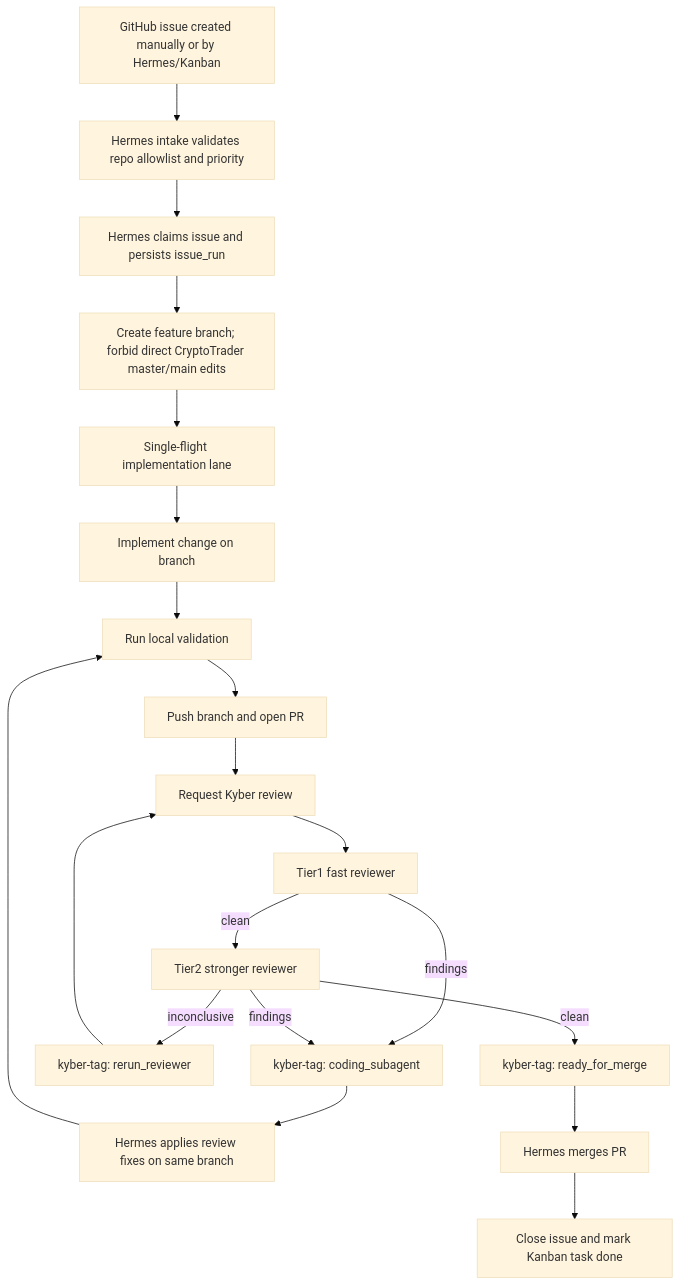
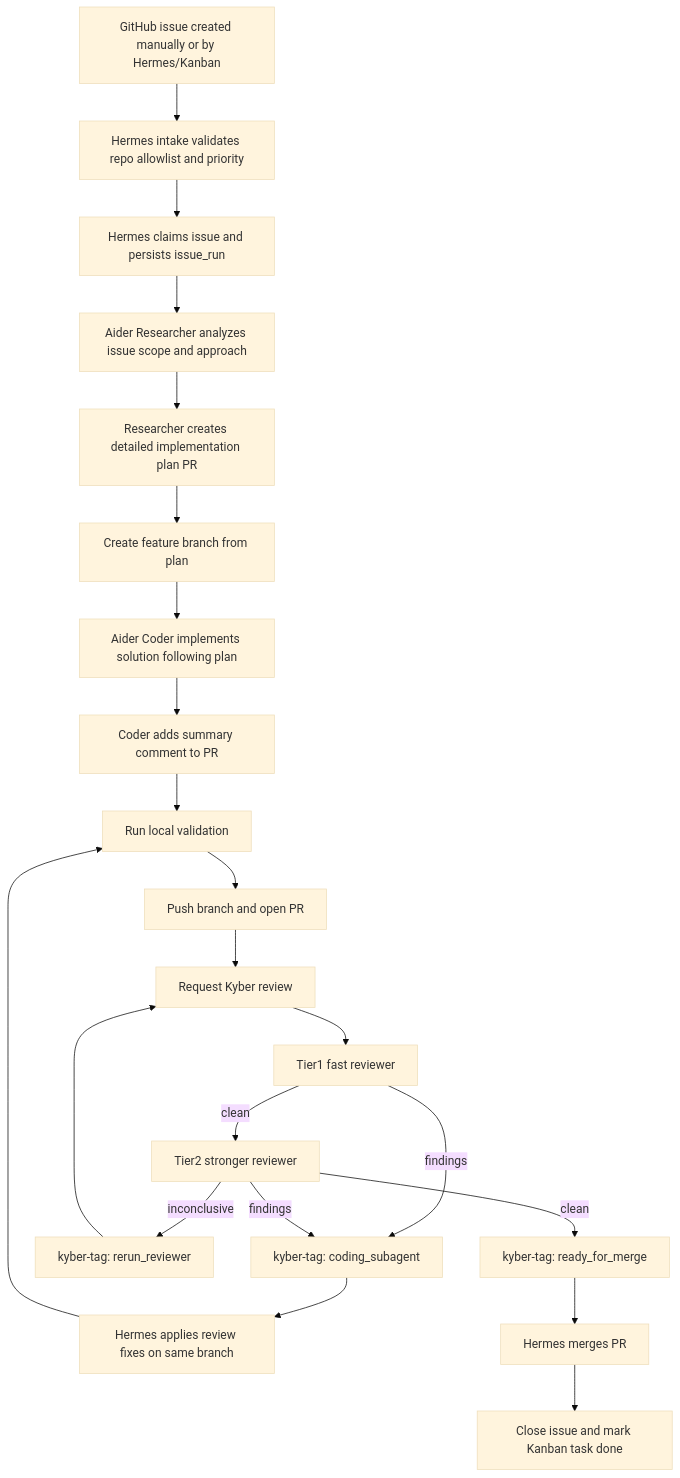
One commit to m0nklabs/kyberm0nk changed the diagram in docs/ARCHITECTURE.md. Above: the diagram before and after it, drawn with Mermaid (base theme). The commit also changed other lines of this file and 1 other file, not shown here.

Commit message:
docs: clarify agent accountability and coder responsibilities in pipeline
- Expand Phase 8a flow with explicit Researcher → Coder sequence
- Detail Aider Coder responsibilities: reads issue + plan, designs implementation,
  writes actual code changes, commits with descriptive messages, posts summary
- Add Agent Identity and Accountability Model section documenting all 5 agent roles
- Document co-author attribution mechanisms (commits, PR bodies, comments)
- Update ARCHITECTURE.md workflow diagram with researcher/coder stages

````diff
--- a/docs/ARCHITECTURE.md
+++ b/docs/ARCHITECTURE.md
@@ -70,22 +70,24 @@
 ```mermaid
 flowchart TD
     A[GitHub issue created manually or by Hermes/Kanban] --> B[Hermes intake validates repo allowlist and priority]
     B --> C[Hermes claims issue and persists issue_run]
-    C --> D[Create feature branch; forbid direct CryptoTrader master/main edits]
-    D --> E[Single-flight implementation lane]
-    E --> F[Implement change on branch]
-    F --> G[Run local validation]
-    G --> H[Push branch and open PR]
-    H --> I[Request Kyber review]
-    I --> J[Tier1 fast reviewer]
-    J -->|clean| K[Tier2 stronger reviewer]
-    J -->|findings| L[kyber-tag: coding_subagent]
-    K -->|findings| L
-    K -->|inconclusive| M[kyber-tag: rerun_reviewer]
-    K -->|clean| N[kyber-tag: ready_for_merge]
-    L --> O[Hermes applies review fixes on same branch]
-    O --> G
-    M --> I
-    N --> P[Hermes merges PR]
-    P --> Q[Close issue and mark Kanban task done]
+    C --> D[Aider Researcher analyzes issue scope and approach]
+    D --> E[Researcher creates detailed implementation plan PR]
+    E --> F[Create feature branch from plan]
+    F --> G[Aider Coder implements solution following plan]
+    G --> H[Coder adds summary comment to PR]
+    H --> I[Run local validation]
+    I --> J[Push branch and open PR]
+    J --> K[Request Kyber review]
+    K --> L[Tier1 fast reviewer]
+    L -->|clean| M[Tier2 stronger reviewer]
+    L -->|findings| N[kyber-tag: coding_subagent]
+    M -->|findings| N
+    M -->|inconclusive| O[kyber-tag: rerun_reviewer]
+    M -->|clean| P[kyber-tag: ready_for_merge]
+    N --> Q[Hermes applies review fixes on same branch]
+    Q --> I
+    O --> K
+    P --> R[Hermes merges PR]
+    R --> S[Close issue and mark Kanban task done]
 ```
````
